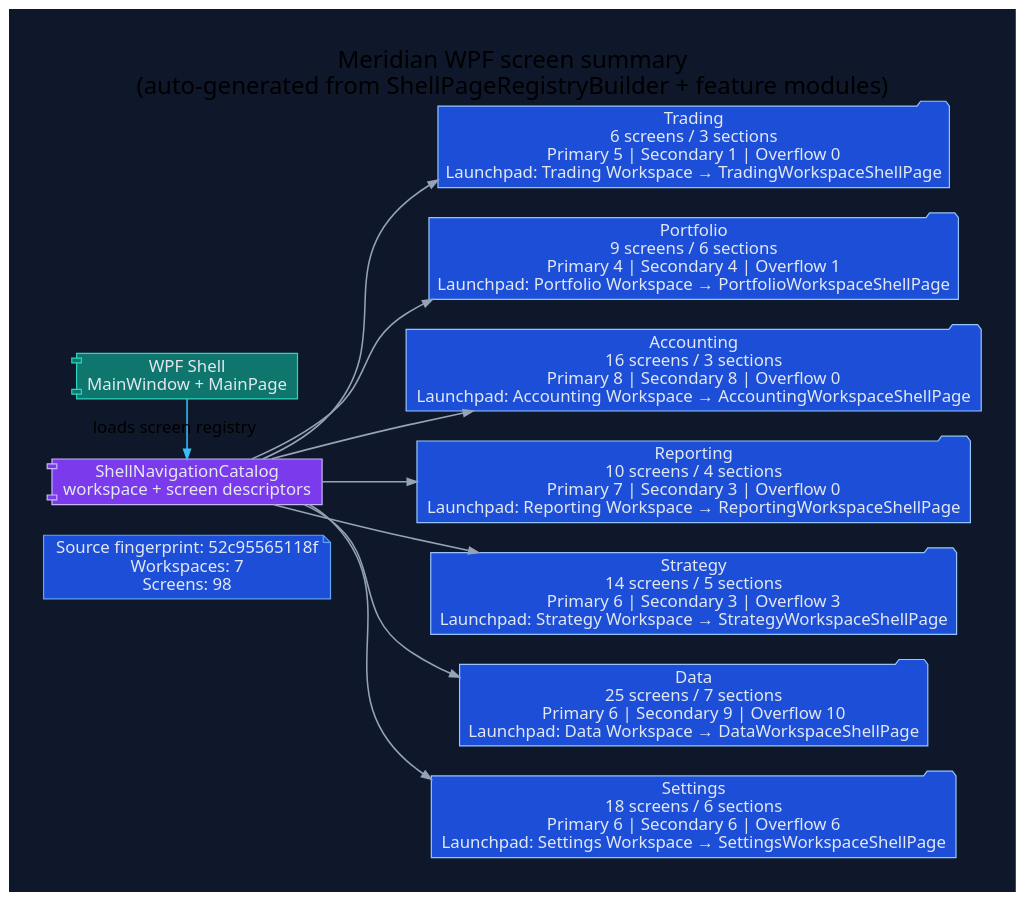
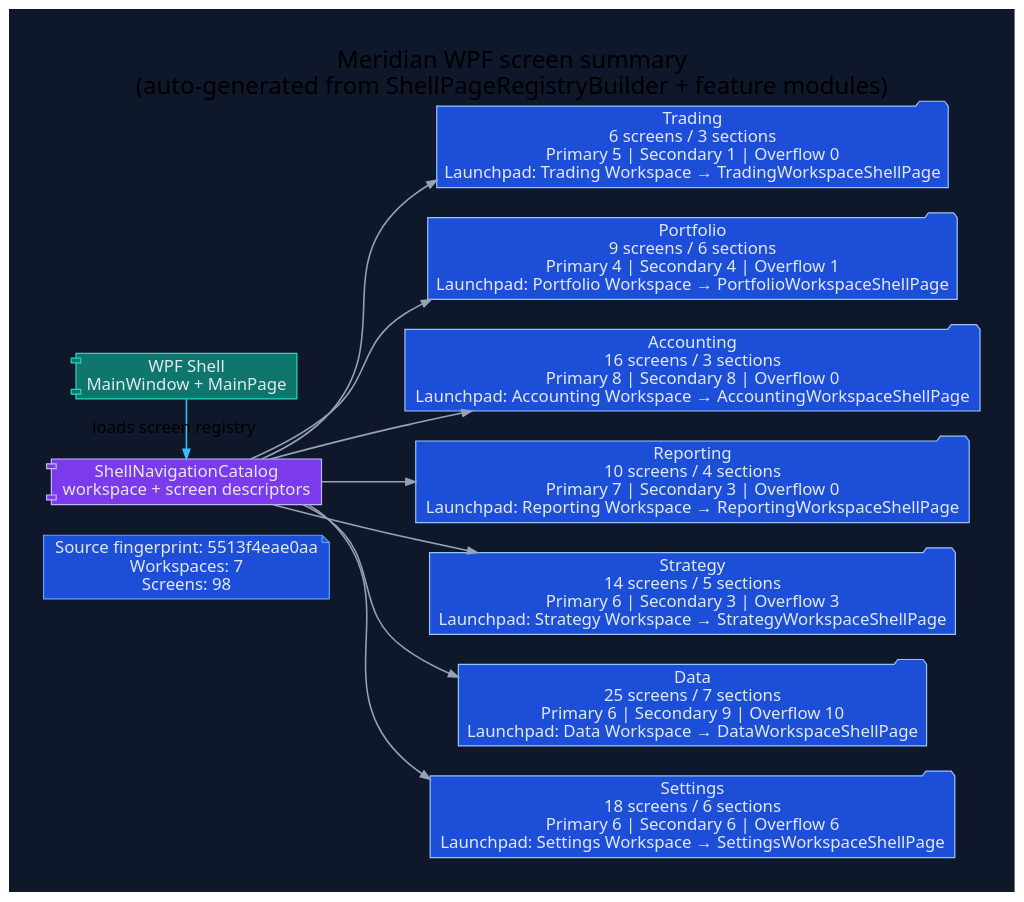
Before and after one commit to rodoHasArrived/Meridian-main: the diagram in docs/diagrams/ui-wpf-screen-summary.dot, drawn with Graphviz. The commit also changed 380 other files, not shown here.

```diff
--- a/docs/diagrams/ui-wpf-screen-summary.dot
+++ b/docs/diagrams/ui-wpf-screen-summary.dot
@@ -1,42 +1,42 @@
 // -----------------------------------------------------------------------------
 // <auto-generated>
 // Generated by scripts/generate-diagrams.mjs.
 // Do not edit this file directly; update the WPF source files instead.
 // -----------------------------------------------------------------------------
 digraph WpfScreenSummary {
   graph [
     rankdir=LR,
     labelloc=t,
     label="Meridian WPF screen summary\n(auto-generated from ShellPageRegistryBuilder + feature modules)",
     fontname="Segoe UI",
     fontsize=20,
     pad=0.4,
     nodesep=0.35,
     ranksep=0.85,
     bgcolor="#0f172a"
   ];
   node [fontname="Segoe UI", shape=box, style="rounded,filled", color="#475569", fontcolor="#e2e8f0", fillcolor="#1e293b"];
   edge [fontname="Segoe UI", color="#94a3b8", penwidth=1.3, arrowsize=0.8];
 
-  generated [shape=note, fillcolor="#1d4ed8", color="#60a5fa", label="Source fingerprint: 52c95565118f\nWorkspaces: 7\nScreens: 98"];
+  generated [shape=note, fillcolor="#1d4ed8", color="#60a5fa", label="Source fingerprint: 5513f4eae0aa\nWorkspaces: 7\nScreens: 98"];
   shell [shape=component, fillcolor="#0f766e", color="#2dd4bf", label="WPF Shell\nMainWindow + MainPage"];
   catalog [shape=component, fillcolor="#7c3aed", color="#c4b5fd", label="ShellNavigationCatalog\nworkspace + screen descriptors"];
   shell -> catalog [label="loads screen registry", color="#38bdf8"];
 
   workspace_1 [shape=folder, fillcolor="#1d4ed8", color="#93c5fd", label="Trading\n6 screens / 3 sections\nPrimary 5 | Secondary 1 | Overflow 0\nLaunchpad: Trading Workspace → TradingWorkspaceShellPage"];
   catalog -> workspace_1;
   workspace_2 [shape=folder, fillcolor="#1d4ed8", color="#93c5fd", label="Portfolio\n9 screens / 6 sections\nPrimary 4 | Secondary 4 | Overflow 1\nLaunchpad: Portfolio Workspace → PortfolioWorkspaceShellPage"];
   catalog -> workspace_2;
   workspace_3 [shape=folder, fillcolor="#1d4ed8", color="#93c5fd", label="Accounting\n16 screens / 3 sections\nPrimary 8 | Secondary 8 | Overflow 0\nLaunchpad: Accounting Workspace → AccountingWorkspaceShellPage"];
   catalog -> workspace_3;
   workspace_4 [shape=folder, fillcolor="#1d4ed8", color="#93c5fd", label="Reporting\n10 screens / 4 sections\nPrimary 7 | Secondary 3 | Overflow 0\nLaunchpad: Reporting Workspace → ReportingWorkspaceShellPage"];
   catalog -> workspace_4;
   workspace_5 [shape=folder, fillcolor="#1d4ed8", color="#93c5fd", label="Strategy\n14 screens / 5 sections\nPrimary 6 | Secondary 3 | Overflow 3\nLaunchpad: Strategy Workspace → StrategyWorkspaceShellPage"];
   catalog -> workspace_5;
   workspace_6 [shape=folder, fillcolor="#1d4ed8", color="#93c5fd", label="Data\n25 screens / 7 sections\nPrimary 6 | Secondary 9 | Overflow 10\nLaunchpad: Data Workspace → DataWorkspaceShellPage"];
   catalog -> workspace_6;
   workspace_7 [shape=folder, fillcolor="#1d4ed8", color="#93c5fd", label="Settings\n18 screens / 6 sections\nPrimary 6 | Secondary 6 | Overflow 6\nLaunchpad: Settings Workspace → SettingsWorkspaceShellPage"];
   catalog -> workspace_7;
 
   { rank=min; generated; shell; catalog; }
 }
```
